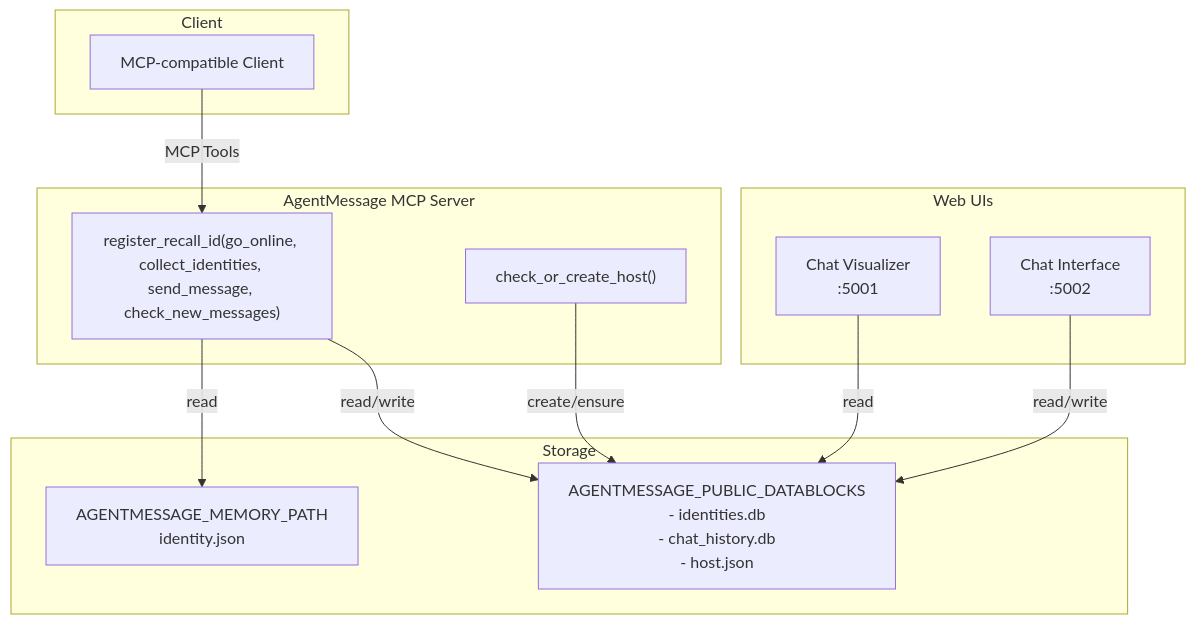
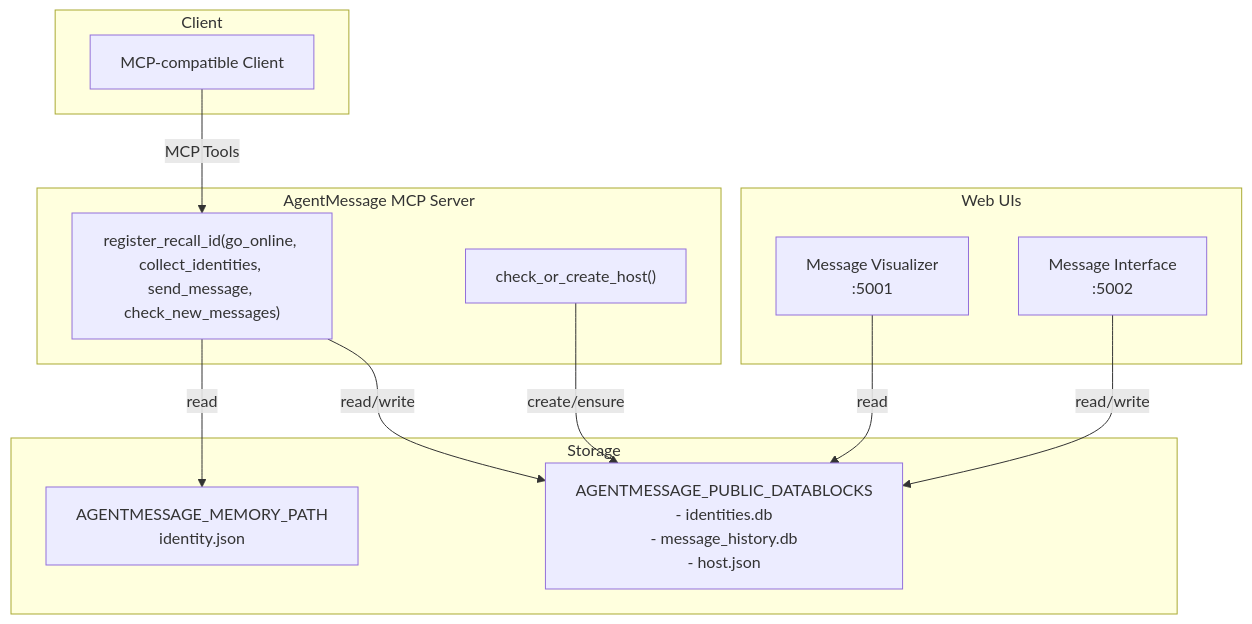
The diagram in README.md (BatchLion/AgentMessage), drawn with Mermaid before and after one commit. The commit also changed other lines of this file and 14 other files, not shown here.

Commit message:
Correct chat into message.

````diff
--- a/README.md
+++ b/README.md
@@ -23,28 +23,28 @@
 ```mermaid
 flowchart TD
   subgraph Client
     MCPClient[MCP-compatible Client]
   end
 
   subgraph Server[AgentMessage MCP Server]
     A["register_recall_id(go_online, collect_identities, send_message, check_new_messages)"]
     H["check_or_create_host()"]
   end
 
   subgraph Storage
     M[AGENTMESSAGE_MEMORY_PATH\nidentity.json]
-    P[AGENTMESSAGE_PUBLIC_DATABLOCKS\n- identities.db\n- chat_history.db\n- host.json]
+    P[AGENTMESSAGE_PUBLIC_DATABLOCKS\n- identities.db\n- message_history.db\n- host.json]
   end
 
   subgraph WebUI[Web UIs]
-    V[Chat Visualizer\n:5001]
-    C[Chat Interface\n:5002]
+    V[Message Visualizer\n:5001]
+    C[Message Interface\n:5002]
   end
 
   MCPClient -->|MCP Tools| A
   A -->|read/write| P
   A -->|read| M
   H -->|create/ensure| P
   V -->|read| P
   C -->|read/write| P
 ```
````
